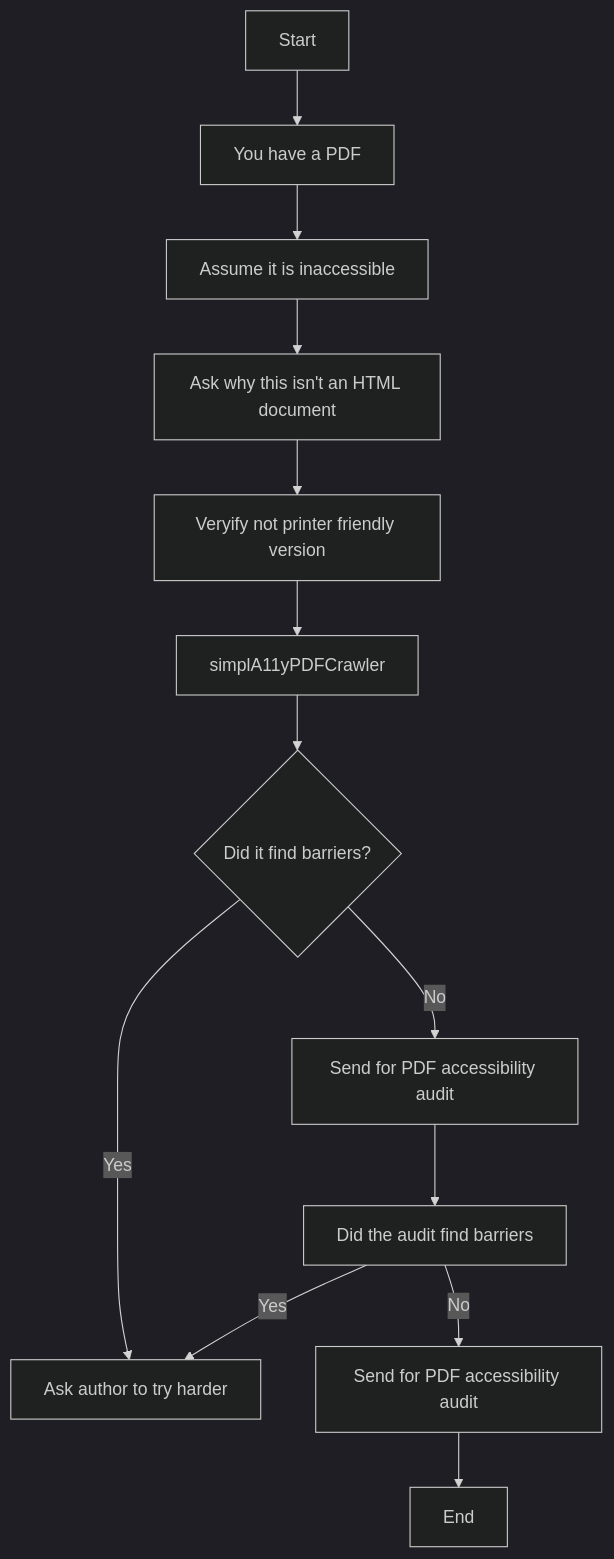
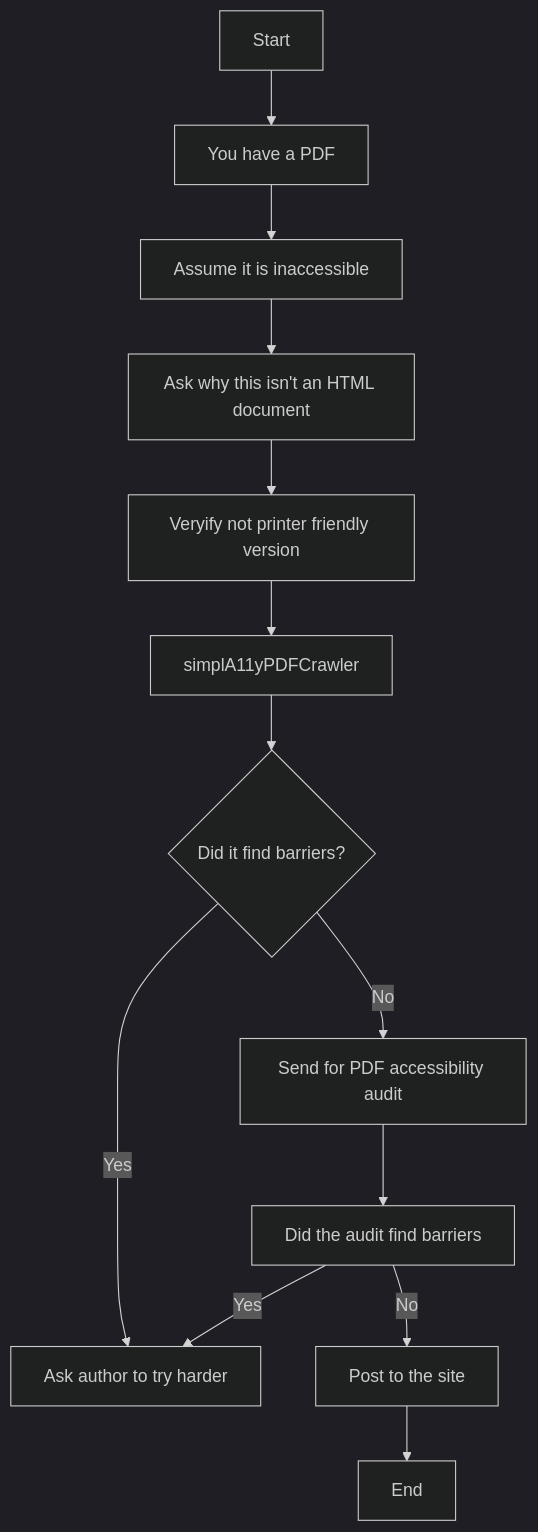
The diagram in pdf.md (mgifford/mermaid-graphs), drawn with Mermaid (dark theme) before and after one commit.

Commit message:
Post to the site

````diff
--- a/pdf.md
+++ b/pdf.md
@@ -3,15 +3,15 @@
 ```mermaid
 graph TD
     Start-->YouHaveAPDF[You have a PDF];
     YouHaveAPDF-->AssumeInaccessible[Assume it is inaccessible];
     AssumeInaccessible-->AskWhyNotHTNML[Ask why this isn't an HTML document];
     AskWhyNotHTNML-->VerifyNotPriterFriendlyVersion[Veryify not printer friendly version];
     VerifyNotPriterFriendlyVersion-->simplA11yPDFCrawler;
     simplA11yPDFCrawler-->DidItFindBarriers{Did it find barriers?};
     DidItFindBarriers --> |Yes| AskAuthorToTryHarder[Ask author to try harder];
     DidItFindBarriers --> |No| SendForPDFAudit[Send for PDF accessibility audit]
     SendForPDFAudit --> DidAuditFindBarriers[Did the audit find barriers]
     DidAuditFindBarriers --> |Yes| AskAuthorToTryHarder[Ask author to try harder];
-    DidAuditFindBarriers --> |No| PostToSite[Send for PDF accessibility audit]
+    DidAuditFindBarriers --> |No| PostToSite[Post to the site]
     PostToSite-->End;
 ```
````
